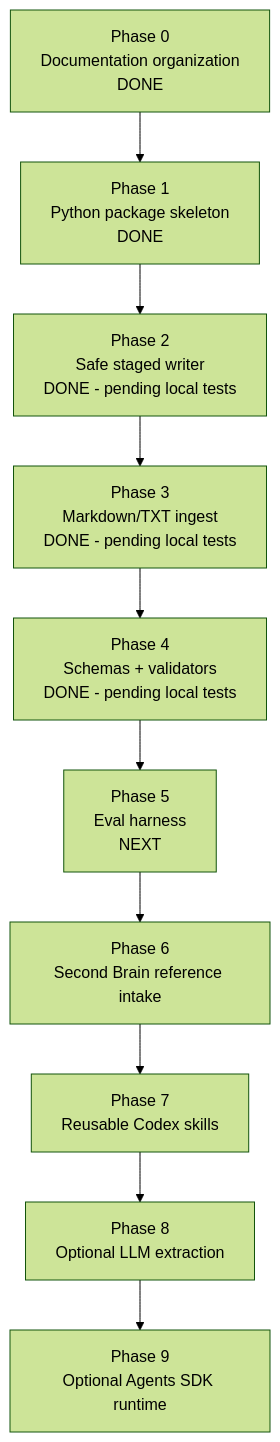
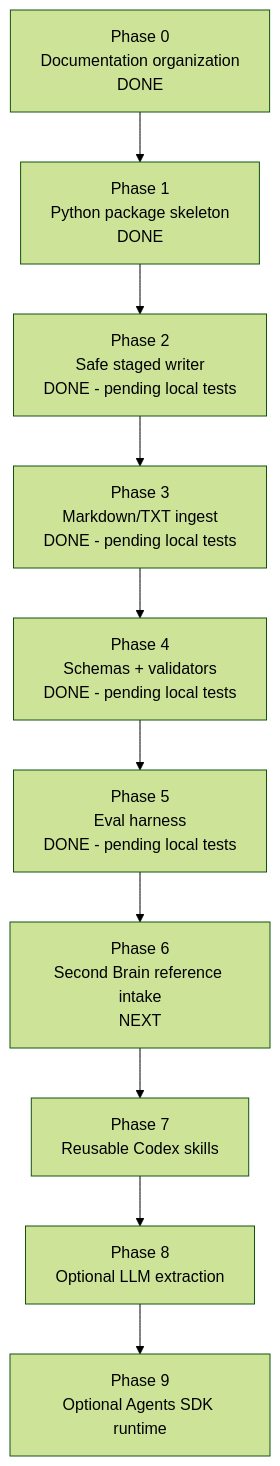
The diagram in docs/10_implementation_plan.md (Denys/obsidian-librarian-to-add), drawn with Mermaid (forest theme) before and after one commit. The commit also changed other lines of this file, not shown here.

Commit message:
docs: update implementation plan through phase 5

````diff
--- a/docs/10_implementation_plan.md
+++ b/docs/10_implementation_plan.md
@@ -5,15 +5,15 @@
 ```mermaid
 flowchart TD
     P0[Phase 0<br/>Documentation organization<br/>DONE]
     P1[Phase 1<br/>Python package skeleton<br/>DONE]
     P2[Phase 2<br/>Safe staged writer<br/>DONE - pending local tests]
     P3[Phase 3<br/>Markdown/TXT ingest<br/>DONE - pending local tests]
     P4[Phase 4<br/>Schemas + validators<br/>DONE - pending local tests]
-    P5[Phase 5<br/>Eval harness<br/>NEXT]
-    P6[Phase 6<br/>Second Brain reference intake]
+    P5[Phase 5<br/>Eval harness<br/>DONE - pending local tests]
+    P6[Phase 6<br/>Second Brain reference intake<br/>NEXT]
     P7[Phase 7<br/>Reusable Codex skills]
     P8[Phase 8<br/>Optional LLM extraction]
     P9[Phase 9<br/>Optional Agents SDK runtime]
 
     P0 --> P1 --> P2 --> P3 --> P4 --> P5 --> P6 --> P7 --> P8 --> P9
 ```
````
